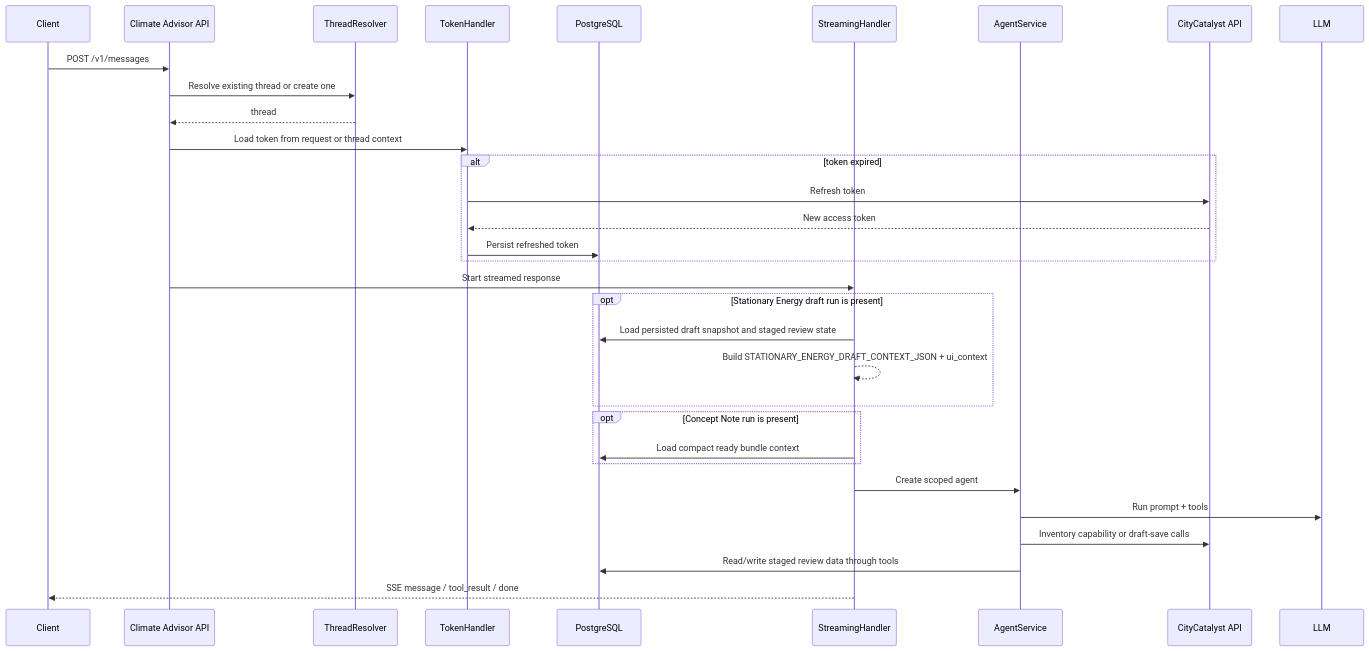
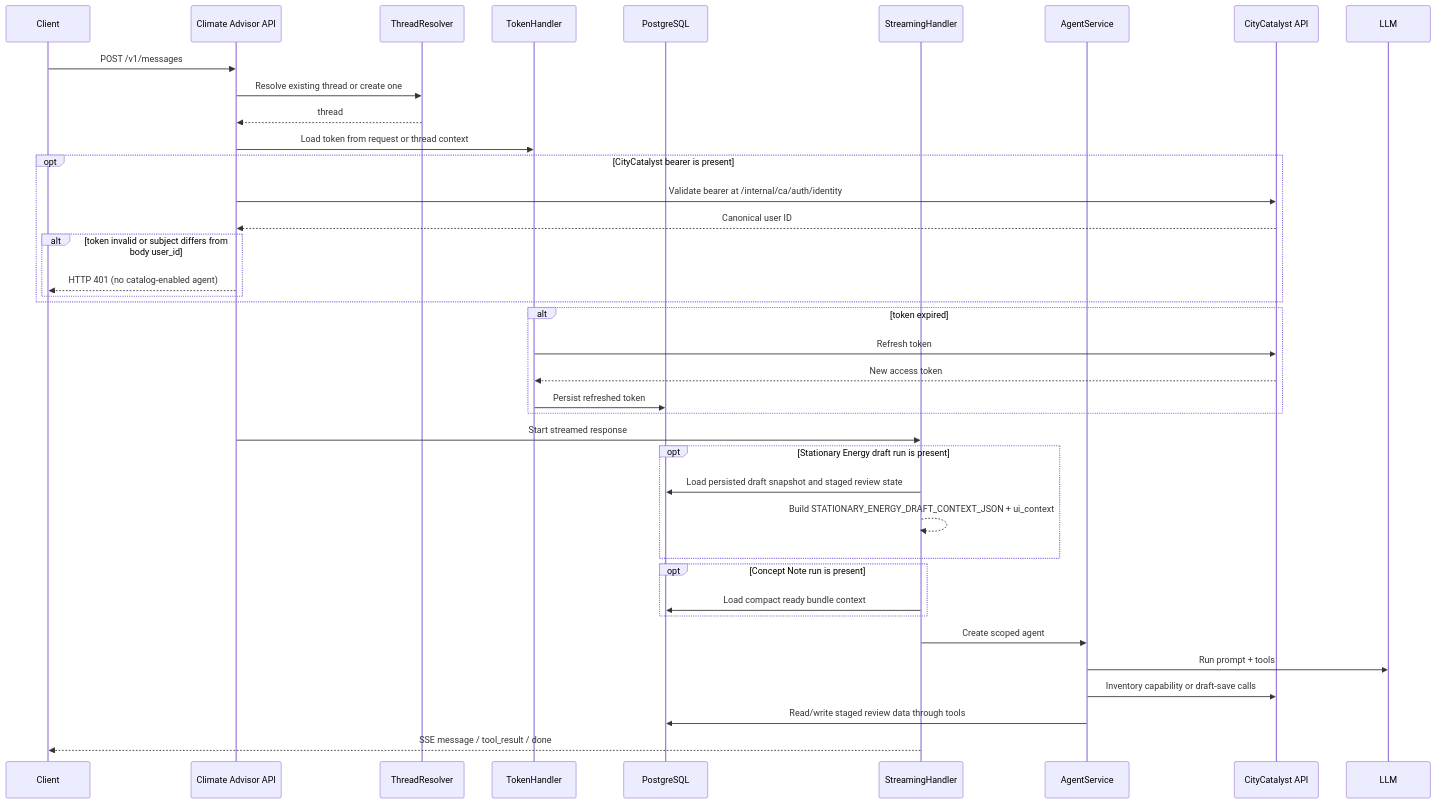
The second of 4 diagrams in climate-advisor/docs/architecture.md (Open-Earth-Foundation/CityCatalyst), drawn with Mermaid before and after one commit. The commit also changed other lines of this file and 8 other files, not shown here.

Commit message:
fix(cc-737): validate catalog identity boundary

````diff
--- a/climate-advisor/docs/architecture.md
+++ b/climate-advisor/docs/architecture.md
@@ -51,37 +51,44 @@
 ```mermaid
 sequenceDiagram
     participant Client
     participant API as Climate Advisor API
     participant Thread as ThreadResolver
     participant Token as TokenHandler
     participant DB as PostgreSQL
     participant Stream as StreamingHandler
     participant Agent as AgentService
     participant CC as CityCatalyst API
 
     Client->>API: POST /v1/messages
     API->>Thread: Resolve existing thread or create one
     Thread-->>API: thread
 
     API->>Token: Load token from request or thread context
+    opt CityCatalyst bearer is present
+        API->>CC: Validate bearer at /internal/ca/auth/identity
+        CC-->>API: Canonical user ID
+        alt token invalid or subject differs from body user_id
+            API-->>Client: HTTP 401 (no catalog-enabled agent)
+        end
+    end
     alt token expired
         Token->>CC: Refresh token
         CC-->>Token: New access token
         Token->>DB: Persist refreshed token
     end
 
     API->>Stream: Start streamed response
     opt Stationary Energy draft run is present
         Stream->>DB: Load persisted draft snapshot and staged review state
         Stream-->>Stream: Build STATIONARY_ENERGY_DRAFT_CONTEXT_JSON + ui_context
     end
     opt Concept Note run is present
         Stream->>DB: Load compact ready bundle context
     end
 
     Stream->>Agent: Create scoped agent
     Agent->>LLM: Run prompt + tools
     Agent->>CC: Inventory capability or draft-save calls
     Agent->>DB: Read/write staged review data through tools
     Stream-->>Client: SSE message / tool_result / done
 ```
````
